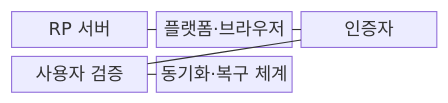
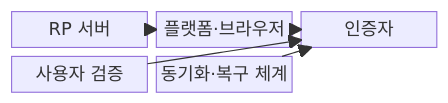
The first of 2 diagrams in src/content/docs/notes/05-security/056_passkey.md (agnusdei1207/knowledge-base), drawn with Mermaid before and after one commit. The commit also changed other lines of this file and 20 other files, not shown here.

````diff
--- a/src/content/docs/notes/05-security/056_passkey.md
+++ b/src/content/docs/notes/05-security/056_passkey.md
@@ -62,13 +62,13 @@
 ```mermaid
 block-beta
   columns 3
   A["RP 서버"]
   B["플랫폼·브라우저"]
   C["인증자"]
   D["사용자 검증"]
   E["동기화·복구 체계"]
-    A --- B
-    B --- C
-    C --- D
-    D --- E
+    A --> B
+    B --> C
+    D --> C
+    E --> C
 ```
````
